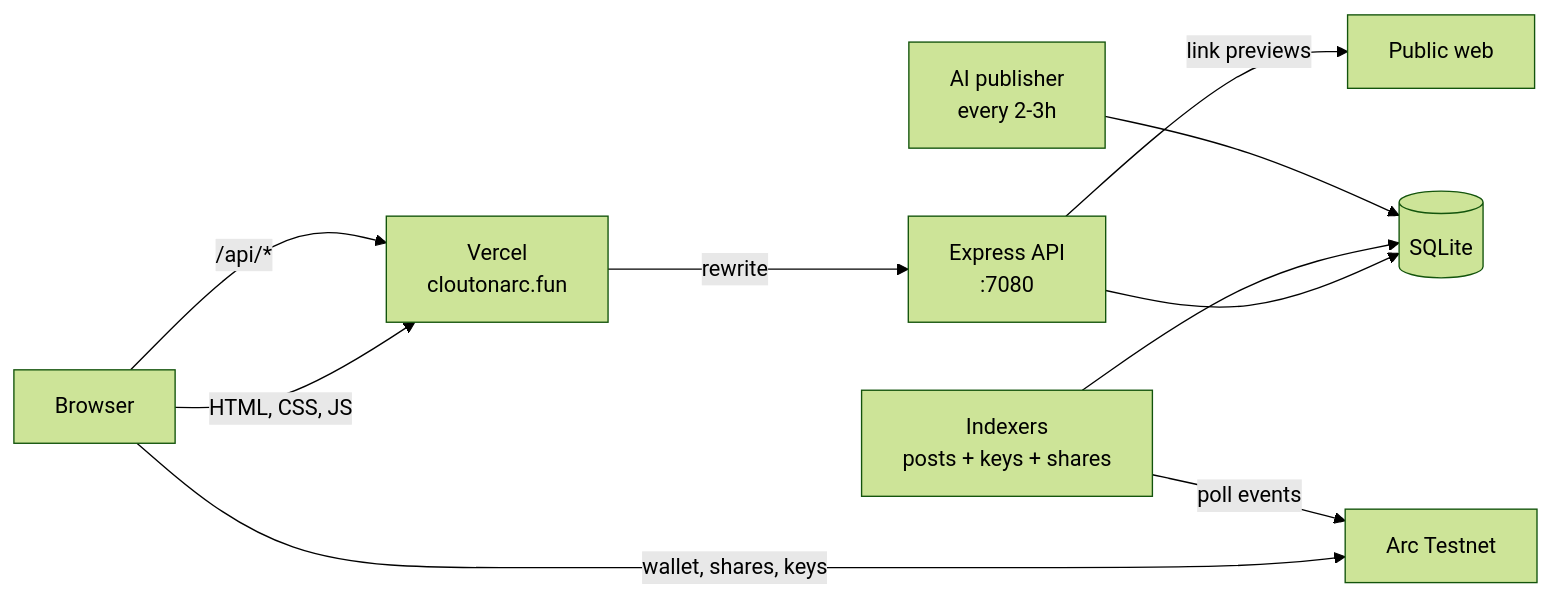
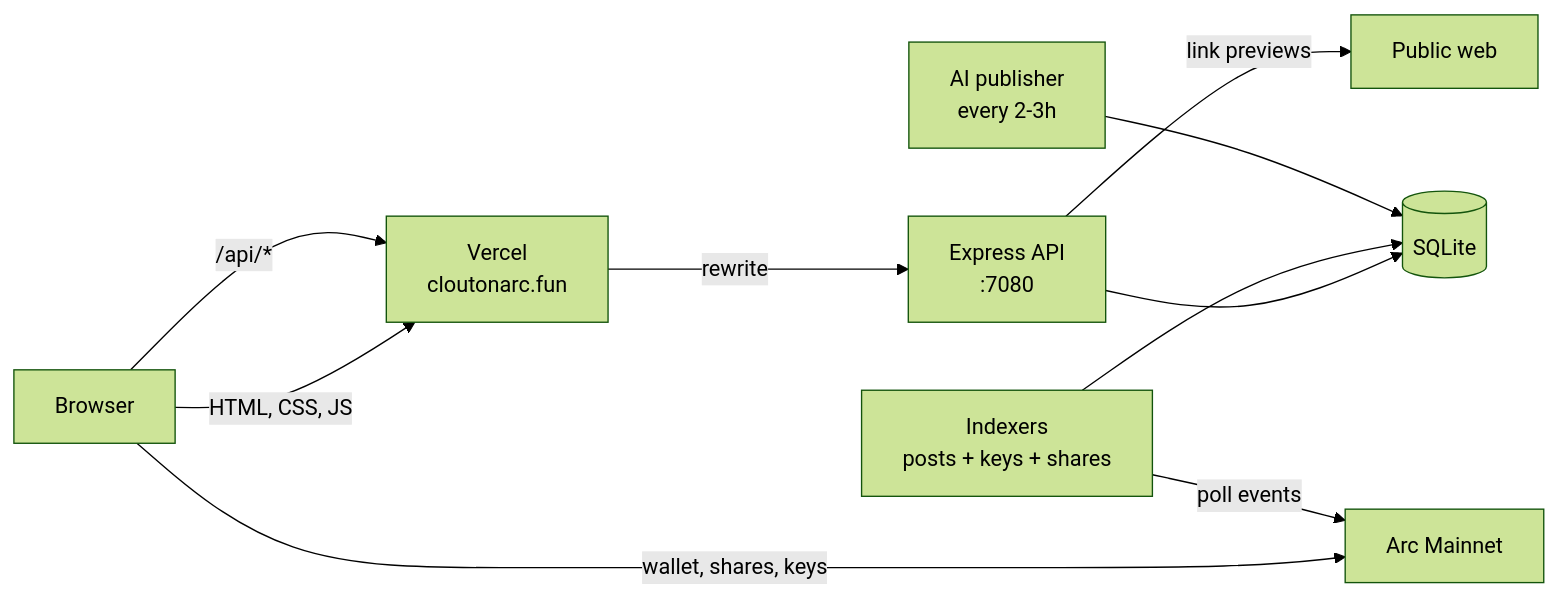
The diagram in README.md (itachi-exe/clout), drawn with Mermaid (forest theme) before and after one commit. The commit also changed other lines of this file and 12 other files, not shown here.

Commit message:
Arc Mainnet launch: new contracts, docs page, bug report button, mainnet chain config

````diff
--- a/README.md
+++ b/README.md
@@ -62,12 +62,12 @@
 ```mermaid
 flowchart LR
     U[Browser] -->|HTML, CSS, JS| V[Vercel\ncloutonarc.fun]
     U -->|/api/*| V
     V -->|rewrite| API[Express API\n:7080]
     API --> DB[(SQLite)]
-    U -->|wallet, shares, keys| ARC[Arc Testnet]
+    U -->|wallet, shares, keys| ARC[Arc Mainnet]
     IDX[Indexers\nposts + keys + shares] -->|poll events| ARC
     IDX --> DB
     PUB[AI publisher\nevery 2-3h] --> DB
     API -->|link previews| WEB[Public web]
 ```
````
